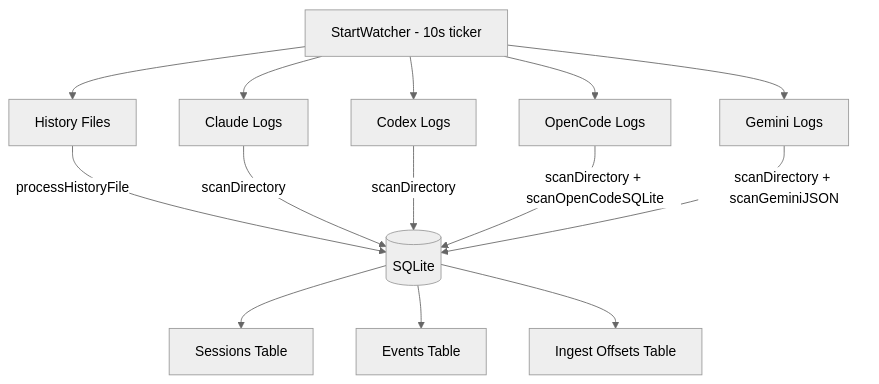
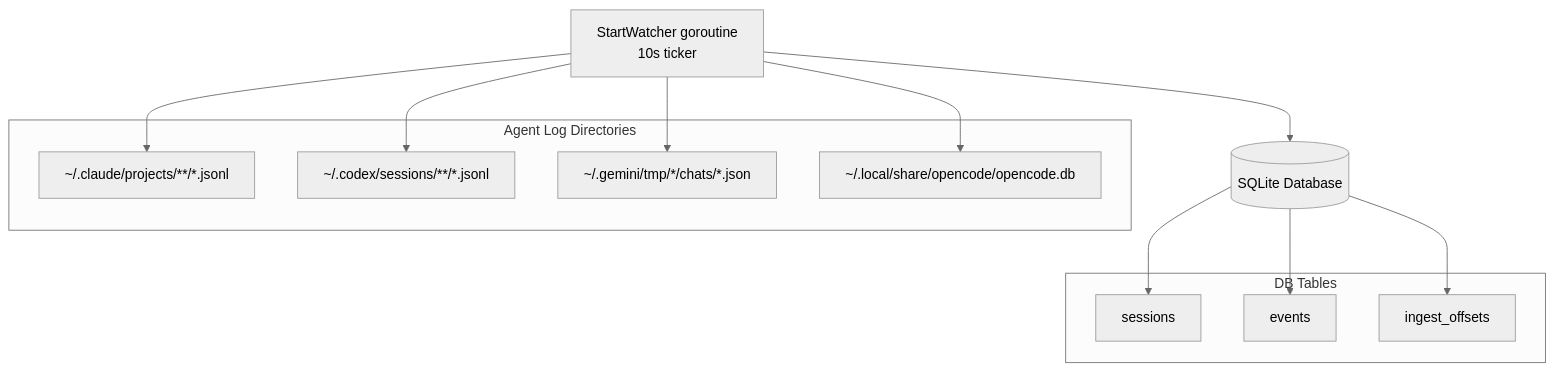
The first of 2 diagrams in docs/backend/telemetry.md (bradAGI/Orchestra), drawn with Mermaid (neutral theme) before and after one commit. The commit also changed other lines of this file and 1 other file, not shown here.

````diff
--- a/docs/backend/telemetry.md
+++ b/docs/backend/telemetry.md
@@ -9,18 +12,26 @@
 ```mermaid
-graph TD
-    W[StartWatcher - 10s ticker] --> H[History Files]
-    W --> C[Claude Logs]
-    W --> X[Codex Logs]
-    W --> O[OpenCode Logs]
-    W --> G[Gemini Logs]
+flowchart TD
+    subgraph Agent Log Directories
+        CL["~/.claude/projects/**/*.jsonl"]
+        CO["~/.codex/sessions/**/*.jsonl"]
+        GE["~/.gemini/tmp/*/chats/*.json"]
+        OC["~/.local/share/opencode/opencode.db"]
+    end
 
-    H -->|processHistoryFile| DB[(SQLite)]
-    C -->|scanDirectory| DB
-    X -->|scanDirectory| DB
-    O -->|scanDirectory + scanOpenCodeSQLite| DB
-    G -->|scanDirectory + scanGeminiJSON| DB
+    W[StartWatcher goroutine<br/>10s ticker] --> CL
+    W --> CO
+    W --> GE
+    W --> OC
 
-    DB --> S[Sessions Table]
-    DB --> E[Events Table]
-    DB --> IO[Ingest Offsets Table]
+    W --> DB[(SQLite Database)]
+
+    subgraph DB Tables
+        S[sessions]
+        E[events]
+        IO[ingest_offsets]
+    end
+
+    DB --> S
+    DB --> E
+    DB --> IO
 ```
````
